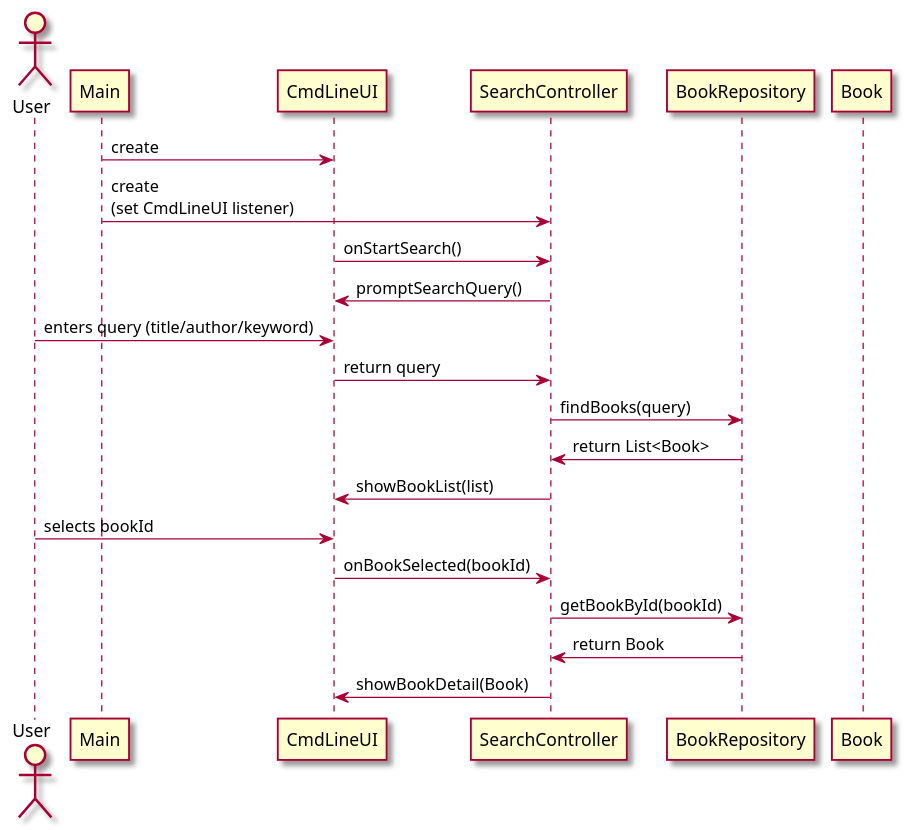
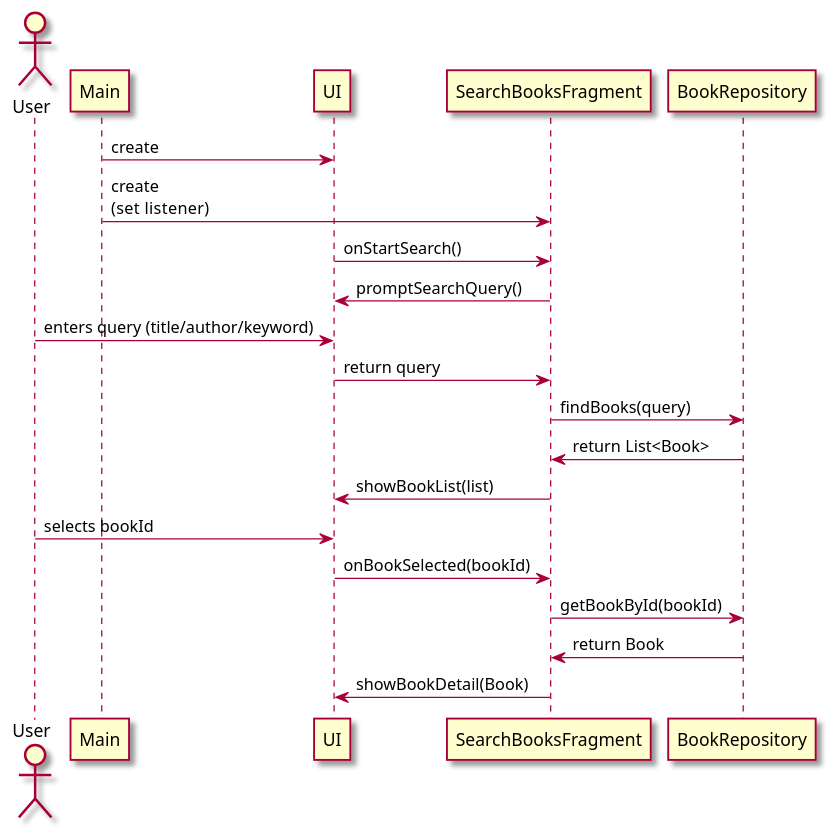
One commit to Khurshid03/team-2b changed the second of 2 diagrams in intellij/doc/use-cases/search-for-books.md. Above: the diagram before and after it, drawn with PlantUML. The commit also changed other lines of this file and 17 other files, not shown here.

````diff
--- a/intellij/doc/use-cases/search-for-books.md
+++ b/intellij/doc/use-cases/search-for-books.md
@@ -77,33 +77,33 @@
 ```plantuml
 @startuml
 
 skin rose
 
 actor User
 participant Main
-participant CmdLineUI
-participant SearchController
+participant UI
+participant SearchBooksFragment
 participant BookRepository
-participant Book
 
-Main -> CmdLineUI : create
-Main -> SearchController : create\n(set CmdLineUI listener)
-CmdLineUI -> SearchController : onStartSearch()
 
-SearchController -> CmdLineUI : promptSearchQuery()
-User -> CmdLineUI : enters query (title/author/keyword)
-CmdLineUI -> SearchController : return query
+Main -> UI : create
+Main -> SearchBooksFragment : create\n(set  listener)
+UI -> SearchBooksFragment : onStartSearch()
 
-SearchController -> BookRepository : findBooks(query)
-BookRepository -> SearchController : return List<Book>
+SearchBooksFragment -> UI : promptSearchQuery()
+User -> UI : enters query (title/author/keyword)
+UI -> SearchBooksFragment : return query
 
-SearchController -> CmdLineUI : showBookList(list)
-User -> CmdLineUI : selects bookId
-CmdLineUI -> SearchController : onBookSelected(bookId)
+SearchBooksFragment -> BookRepository : findBooks(query)
+BookRepository -> SearchBooksFragment : return List<Book>
 
-SearchController -> BookRepository : getBookById(bookId)
-BookRepository -> SearchController : return Book
-SearchController -> CmdLineUI : showBookDetail(Book)
+SearchBooksFragment -> UI : showBookList(list)
+User -> UI : selects bookId
+UI -> SearchBooksFragment : onBookSelected(bookId)
+
+SearchBooksFragment -> BookRepository : getBookById(bookId)
+BookRepository -> SearchBooksFragment : return Book
+SearchBooksFragment -> UI : showBookDetail(Book)
 
 @enduml
 ```
````
